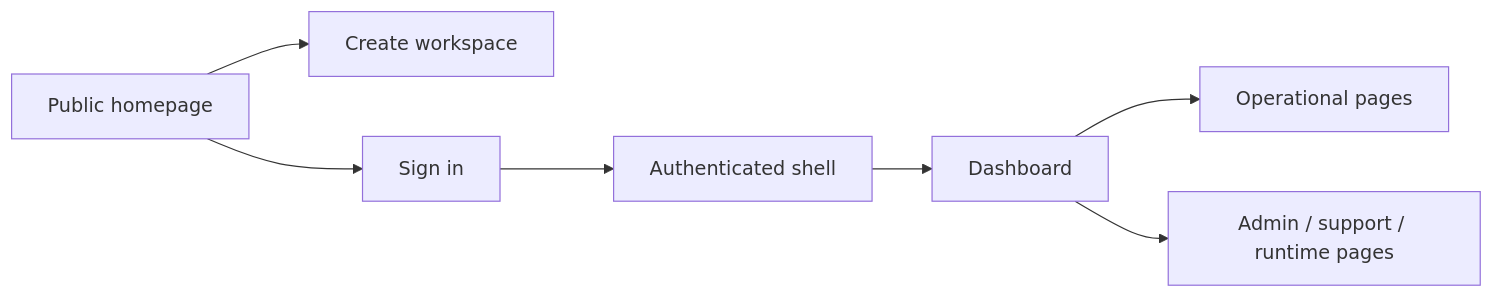
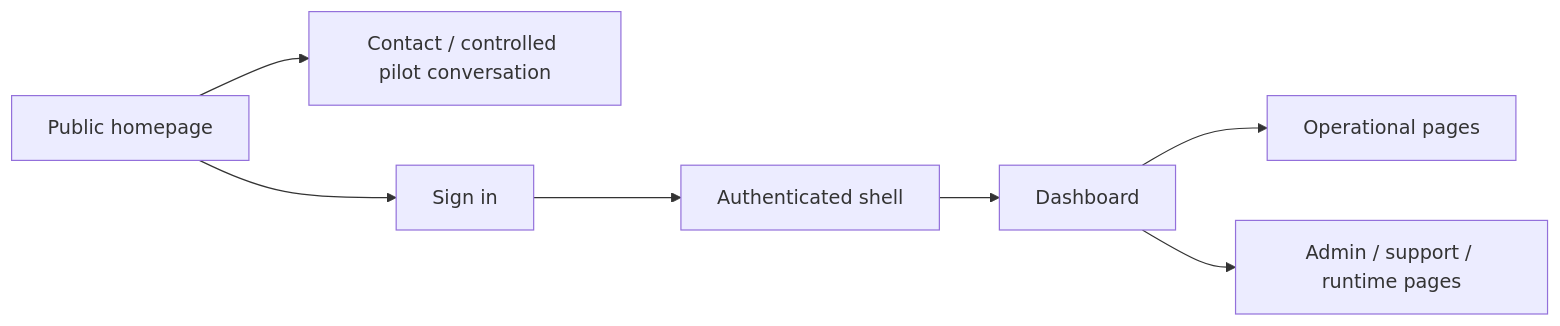
Before and after one commit to kobanihlulani77-maker/SynapsCore: the first of 2 diagrams in docs/frontend-flow.md, drawn with Mermaid. The commit also changed other lines of this file and 36 other files, not shown here.

Commit message:
Close controlled provisioning and public entry boundary

````diff
--- a/docs/frontend-flow.md
+++ b/docs/frontend-flow.md
@@ -25,9 +25,9 @@
 ```mermaid
 flowchart LR
-    A["Public homepage"] --> B["Create workspace"]
+    A["Public homepage"] --> B["Contact / controlled pilot conversation"]
     A --> C["Sign in"]
     C --> D["Authenticated shell"]
     D --> E["Dashboard"]
     E --> F["Operational pages"]
     E --> G["Admin / support / runtime pages"]
 ```
````
